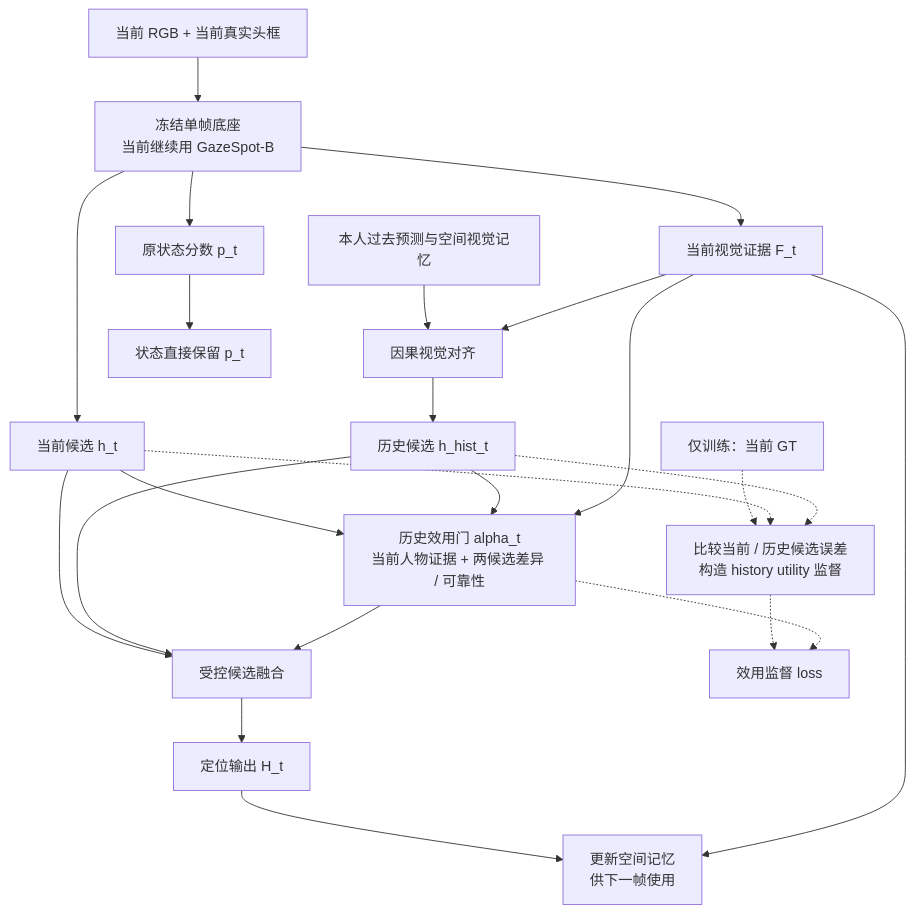
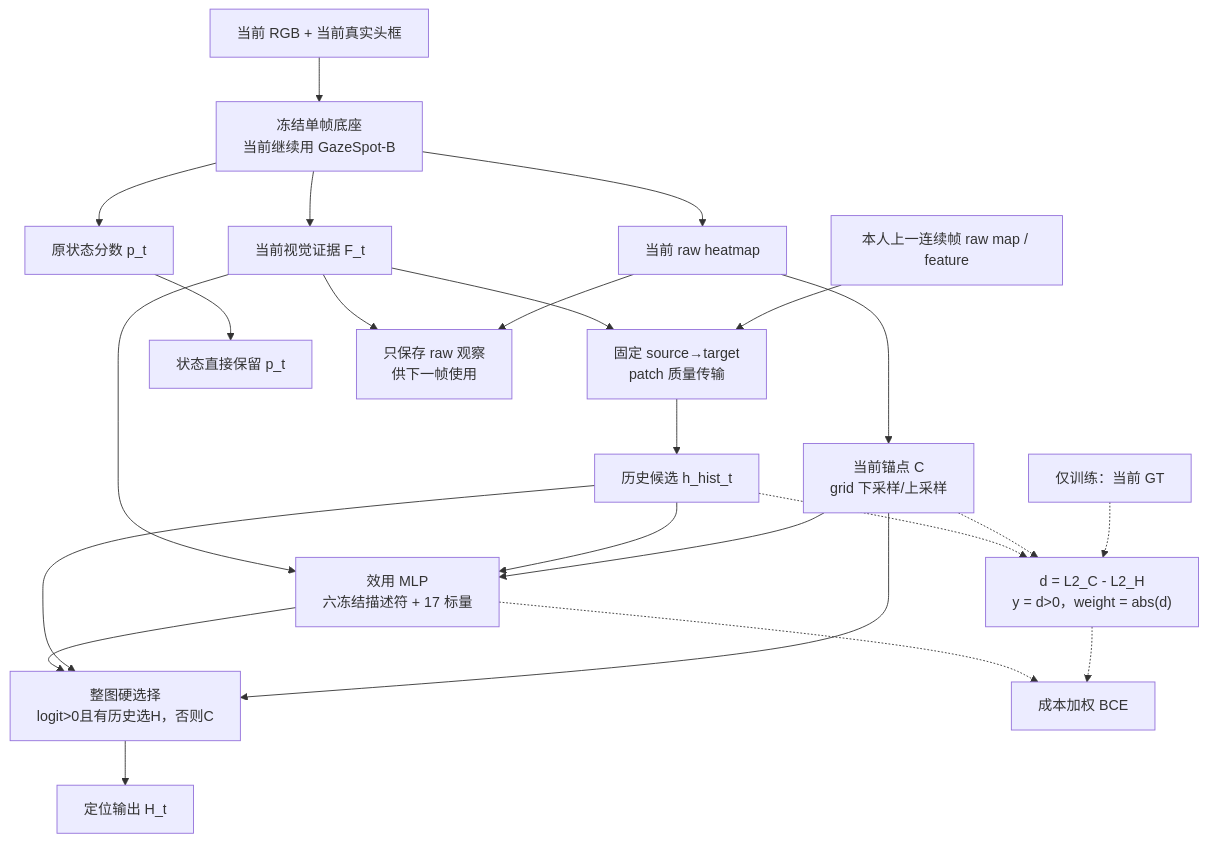
One commit to fanb129/gazelle changed the second of 3 diagrams in cscwd/method_architecture.md. Above: the diagram before and after it, drawn with Mermaid. The commit also changed other lines of this file and 19 other files, not shown here.

Commit message:
Review history utility and implement cost-supervised selector

````diff
--- a/cscwd/method_architecture.md
+++ b/cscwd/method_architecture.md
@@ -49,25 +49,26 @@
 ```mermaid
 flowchart TB
     I["当前 RGB + 当前真实头框"] --> B["冻结单帧底座<br/>当前继续用 GazeSpot-B"]
-    B --> C["当前候选 h_t"]
+    B --> R["当前 raw heatmap"]
+    R --> C["当前锚点 C<br/>grid 下采样/上采样"]
     B --> F["当前视觉证据 F_t"]
     B --> S["原状态分数 p_t"]
-    P["本人过去预测与空间视觉记忆"] --> A["因果视觉对齐"]
+    P["本人上一连续帧 raw map / feature"] --> A["固定 source→target<br/>patch 质量传输"]
     F --> A
     A --> H["历史候选 h_hist_t"]
-    C --> G["历史效用门 alpha_t<br/>当前人物证据 + 两候选差异 / 可靠性"]
+    C --> G["效用 MLP<br/>六冻结描述符 + 17 标量"]
     H --> G
     F --> G
-    C --> U["受控候选融合"]
+    C --> U["整图硬选择<br/>logit>0且有历史选H，否则C"]
     H --> U
     G --> U
     U --> O["定位输出 H_t"]
     S --> Q["状态直接保留 p_t"]
-    O --> M["更新空间记忆<br/>供下一帧使用"]
+    R --> M["只保存 raw 观察<br/>供下一帧使用"]
     F --> M
-    T["仅训练：当前 GT"] -.-> L["比较当前 / 历史候选误差<br/>构造 history utility 监督"]
+    T["仅训练：当前 GT"] -.-> L["d = L2_C - L2_H<br/>y = d>0，weight = abs(d)"]
     C -.-> L
     H -.-> L
-    L -.-> V["效用监督 loss"]
+    L -.-> V["成本加权 BCE"]
     G -.-> V
 ```
````
